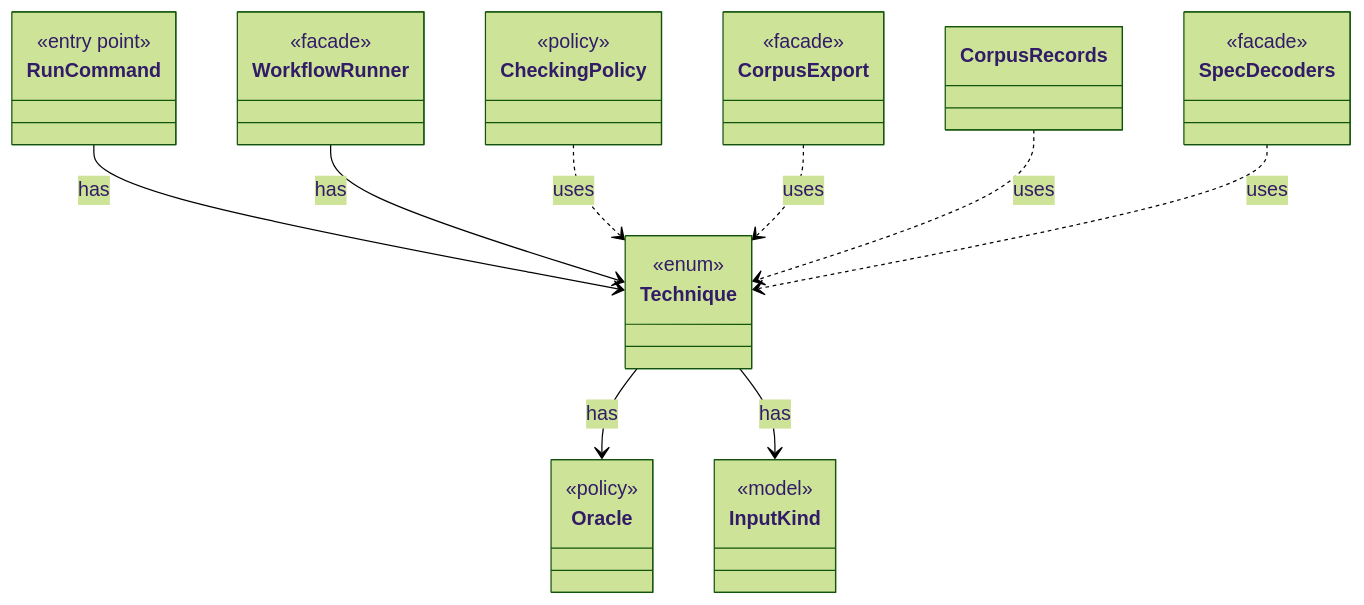
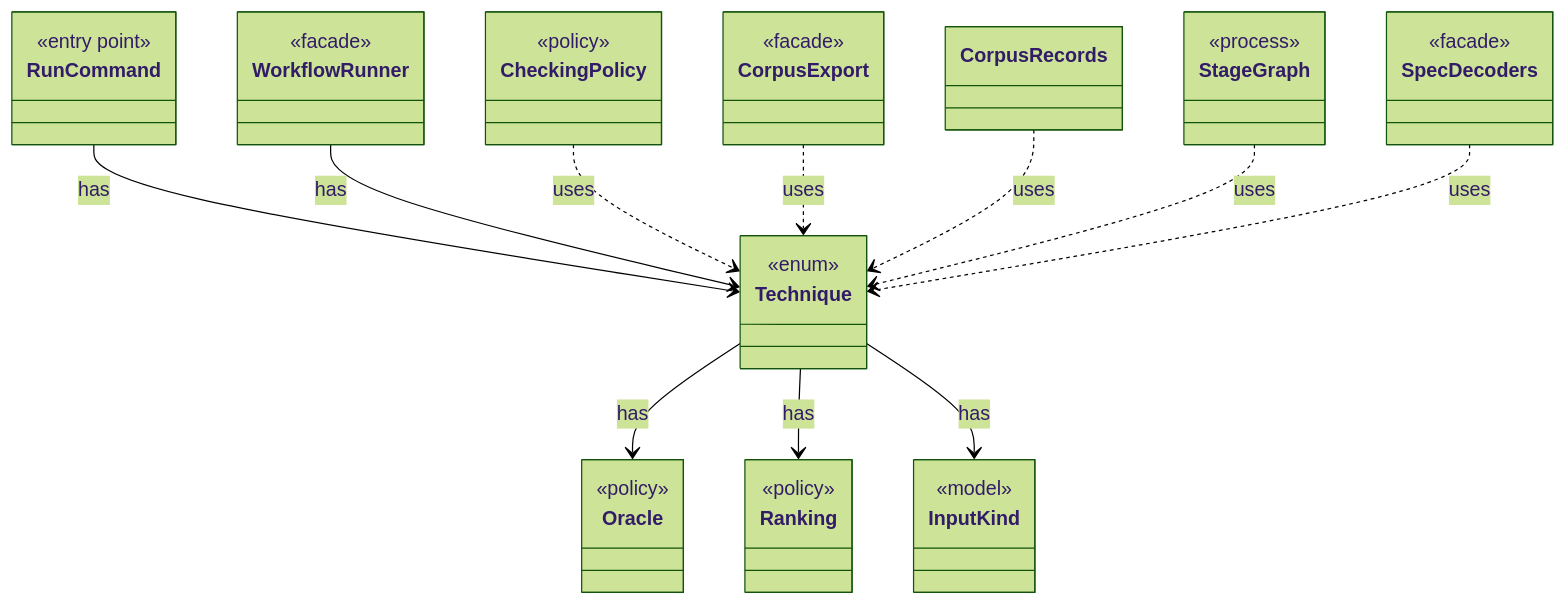
Before and after one commit to tlaplus/model-checker-hardening: the diagram in dev/types/io.github.tlaplus.hardening.corpus.Technique.md, drawn with Mermaid (forest theme). The commit also changed other lines of this file and 405 other files, not shown here.

````diff
--- a/dev/types/io.github.tlaplus.hardening.corpus.Technique.md
+++ b/dev/types/io.github.tlaplus.hardening.corpus.Technique.md
@@ -7,36 +7,44 @@
 ```mermaid
 classDiagram
   class Technique {
     <<enum>>
   }
   class Oracle {
+    <<policy>>
+  }
+  class Ranking {
     <<policy>>
   }
   class InputKind {
     <<model>>
   }
   class RunCommand {
     <<entry point>>
   }
   class WorkflowRunner {
     <<facade>>
   }
   class CheckingPolicy {
     <<policy>>
   }
   class CorpusExport {
     <<facade>>
   }
   class CorpusRecords
+  class StageGraph {
+    <<process>>
+  }
   class SpecDecoders {
     <<facade>>
   }
   Technique --> Oracle : has
+  Technique --> Ranking : has
   Technique --> InputKind : has
   RunCommand --> Technique : has
   WorkflowRunner --> Technique : has
   CheckingPolicy ..> Technique : uses
   CorpusExport ..> Technique : uses
   CorpusRecords ..> Technique : uses
+  StageGraph ..> Technique : uses
   SpecDecoders ..> Technique : uses
 ```
````
